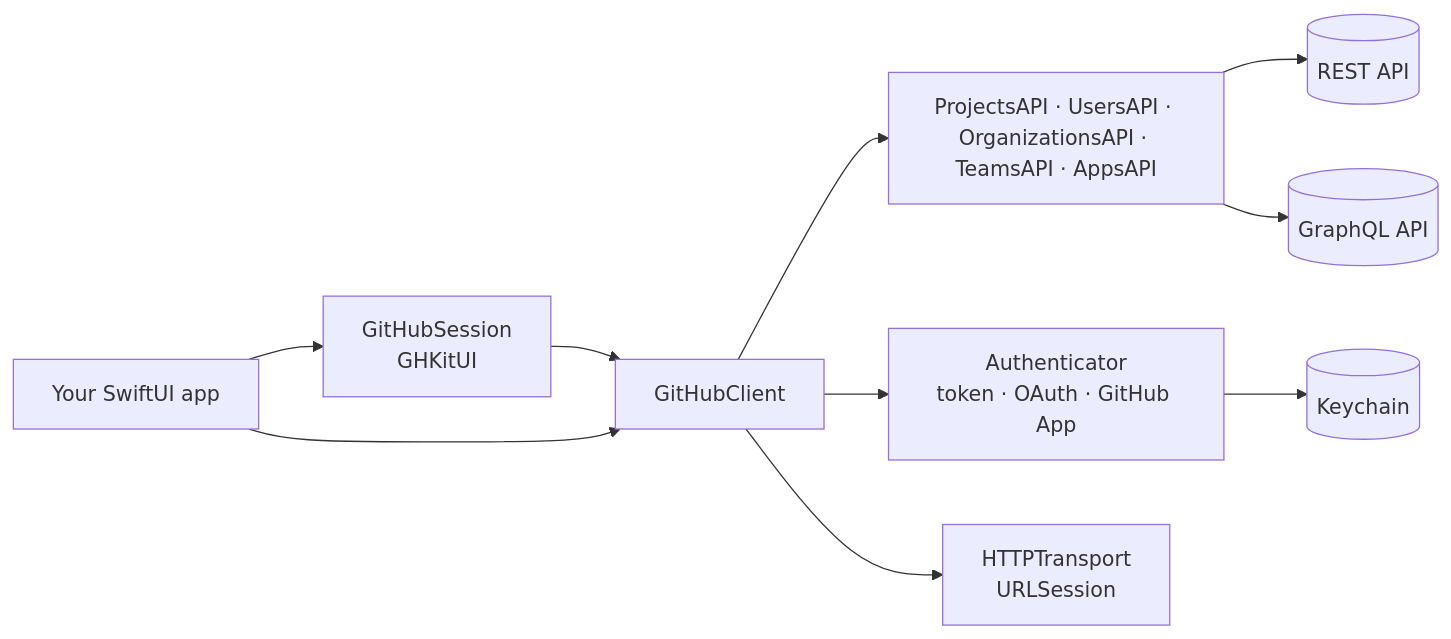
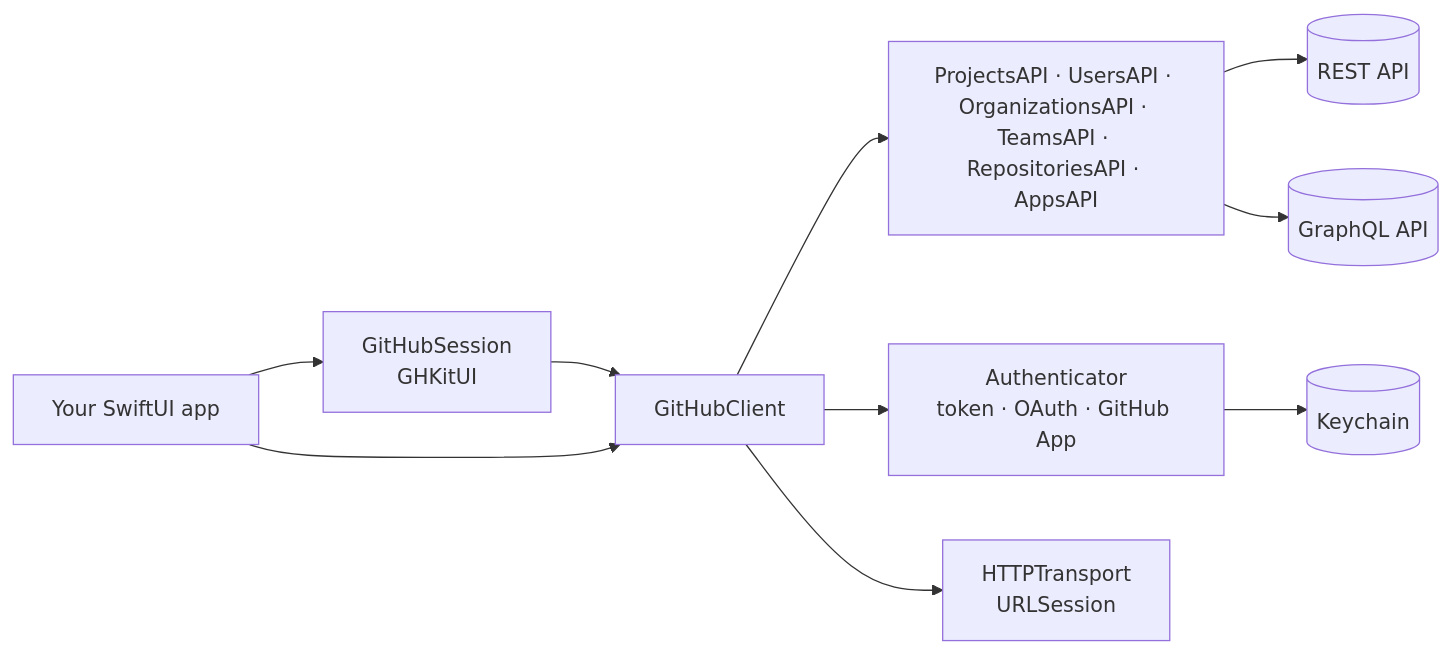
Before and after one commit to emmanuel-defreitas/GHKit: the diagram in README.md, drawn with Mermaid. The commit also changed 25 other files, not shown here.

````diff
--- a/README.md
+++ b/README.md
@@ -324,12 +324,12 @@
 ```mermaid
 graph LR
     App[Your SwiftUI app] --> Session[GitHubSession<br/>GHKitUI]
     Session --> Client[GitHubClient]
     App --> Client
-    Client --> APIs[ProjectsAPI · UsersAPI · OrganizationsAPI · TeamsAPI · AppsAPI]
+    Client --> APIs[ProjectsAPI · UsersAPI · OrganizationsAPI · TeamsAPI · RepositoriesAPI · AppsAPI]
     Client --> Auth[Authenticator<br/>token · OAuth · GitHub App]
     Client --> Transport[HTTPTransport<br/>URLSession]
     APIs --> REST[(REST API)]
     APIs --> GQL[(GraphQL API)]
     Auth --> Store[(Keychain)]
 ```
````
